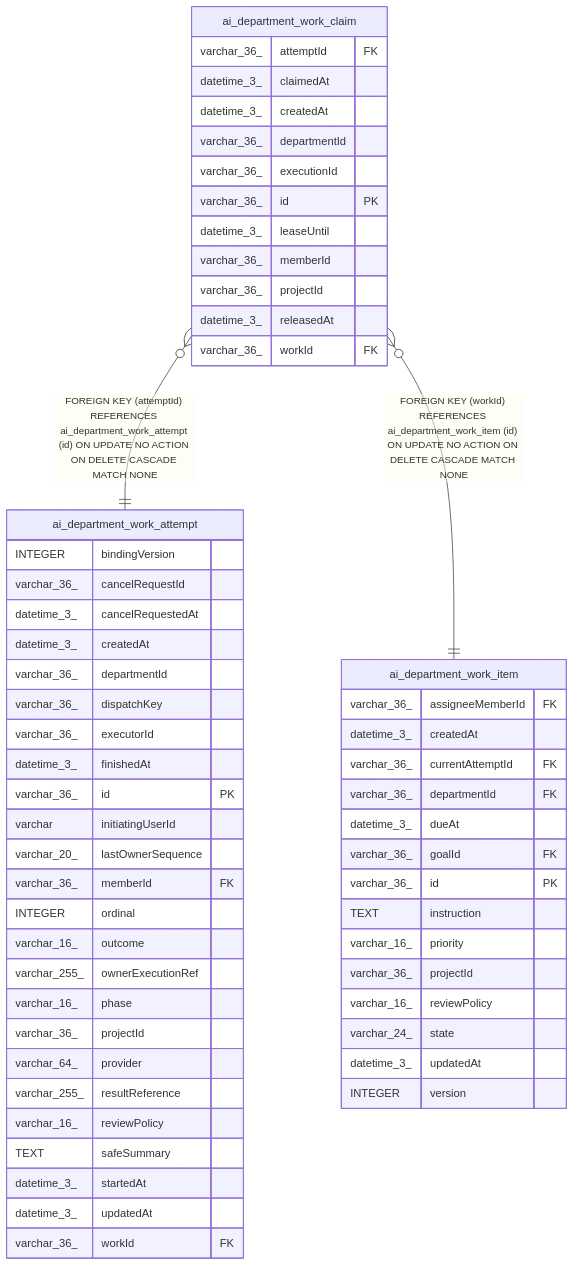
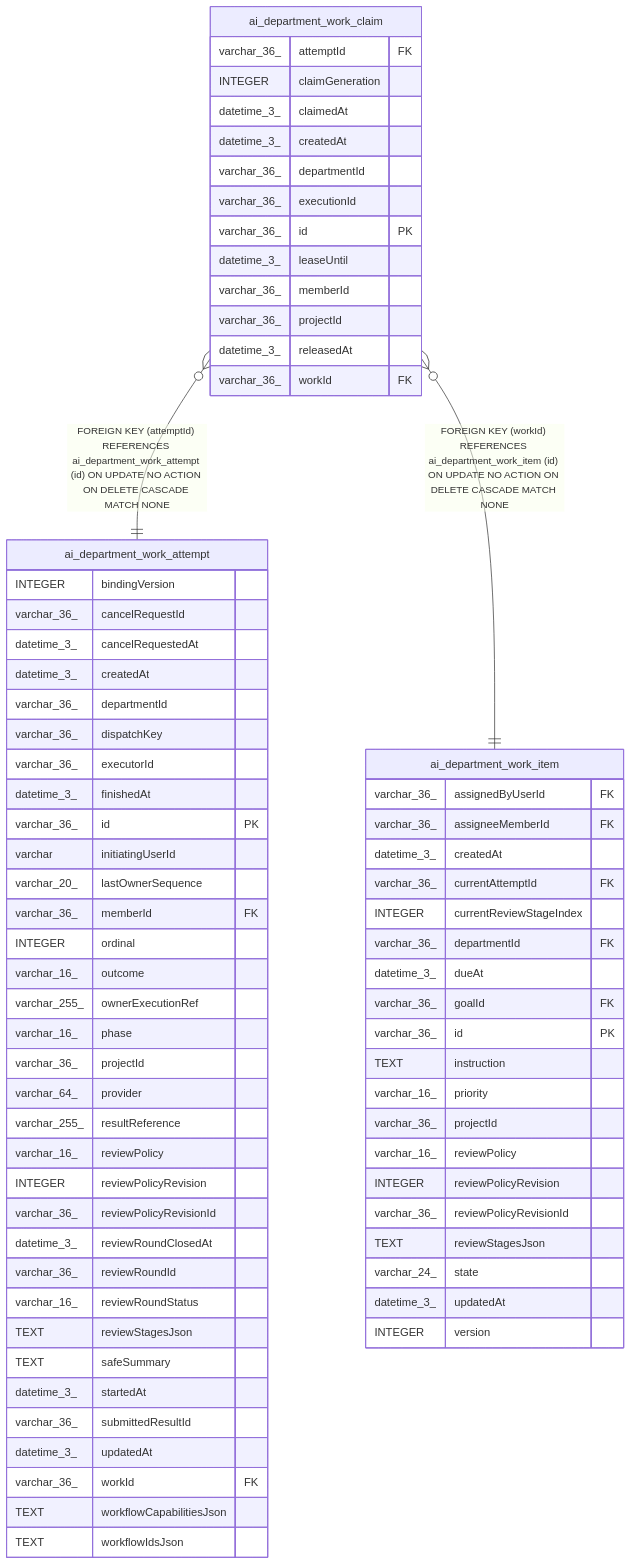
One commit to haison1234/Nexora changed the diagram in docs/generated/sqlite-schema/ai_department_work_claim.md. Above: the diagram before and after it, drawn with Mermaid. The commit also changed other lines of this file and 524 other files, not shown here.

````diff
--- a/docs/generated/sqlite-schema/ai_department_work_claim.md
+++ b/docs/generated/sqlite-schema/ai_department_work_claim.md
@@ -48,62 +49,77 @@
 ```mermaid
 erDiagram
 
 "ai_department_work_claim" }o--|| "ai_department_work_attempt" : "FOREIGN KEY (attemptId) REFERENCES ai_department_work_attempt (id) ON UPDATE NO ACTION ON DELETE CASCADE MATCH NONE"
 "ai_department_work_claim" }o--|| "ai_department_work_item" : "FOREIGN KEY (workId) REFERENCES ai_department_work_item (id) ON UPDATE NO ACTION ON DELETE CASCADE MATCH NONE"
 
 "ai_department_work_claim" {
   varchar_36_ attemptId FK
+  INTEGER claimGeneration
   datetime_3_ claimedAt
   datetime_3_ createdAt
   varchar_36_ departmentId
   varchar_36_ executionId
   varchar_36_ id PK
   datetime_3_ leaseUntil
   varchar_36_ memberId
   varchar_36_ projectId
   datetime_3_ releasedAt
   varchar_36_ workId FK
 }
 "ai_department_work_attempt" {
   INTEGER bindingVersion
   varchar_36_ cancelRequestId
   datetime_3_ cancelRequestedAt
   datetime_3_ createdAt
   varchar_36_ departmentId
   varchar_36_ dispatchKey
   varchar_36_ executorId
   datetime_3_ finishedAt
   varchar_36_ id PK
   varchar initiatingUserId
   varchar_20_ lastOwnerSequence
   varchar_36_ memberId FK
   INTEGER ordinal
   varchar_16_ outcome
   varchar_255_ ownerExecutionRef
   varchar_16_ phase
   varchar_36_ projectId
   varchar_64_ provider
   varchar_255_ resultReference
   varchar_16_ reviewPolicy
+  INTEGER reviewPolicyRevision
+  varchar_36_ reviewPolicyRevisionId
+  datetime_3_ reviewRoundClosedAt
+  varchar_36_ reviewRoundId
+  varchar_16_ reviewRoundStatus
+  TEXT reviewStagesJson
   TEXT safeSummary
   datetime_3_ startedAt
+  varchar_36_ submittedResultId
   datetime_3_ updatedAt
   varchar_36_ workId FK
+  TEXT workflowCapabilitiesJson
+  TEXT workflowIdsJson
 }
 "ai_department_work_item" {
+  varchar_36_ assignedByUserId FK
   varchar_36_ assigneeMemberId FK
   datetime_3_ createdAt
   varchar_36_ currentAttemptId FK
+  INTEGER currentReviewStageIndex
   varchar_36_ departmentId FK
   datetime_3_ dueAt
   varchar_36_ goalId FK
   varchar_36_ id PK
   TEXT instruction
   varchar_16_ priority
   varchar_36_ projectId
   varchar_16_ reviewPolicy
+  INTEGER reviewPolicyRevision
+  varchar_36_ reviewPolicyRevisionId
+  TEXT reviewStagesJson
   varchar_24_ state
   datetime_3_ updatedAt
   INTEGER version
 }
 ```
````
